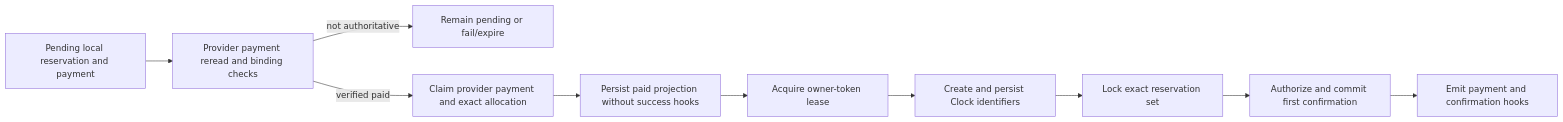
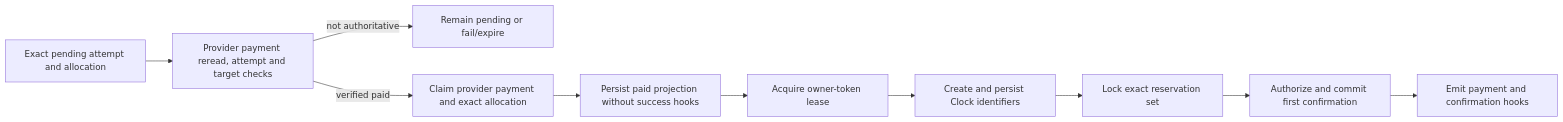
Before and after one commit to MUST-DEV-TEAM/must-hotel-booking: the diagram in docs/DOMAIN_LIFECYCLES.md, drawn with Mermaid. The commit also changed other lines of this file and 24 other files, not shown here.

Commit message:
fix: enforce payment attempt and environment integrity

````diff
--- a/docs/DOMAIN_LIFECYCLES.md
+++ b/docs/DOMAIN_LIFECYCLES.md
@@ -107,12 +109,12 @@
 ```mermaid
 flowchart LR
-    A["Pending local reservation and payment"] --> B["Provider payment reread and binding checks"]
+    A["Exact pending attempt and allocation"] --> B["Provider payment reread, attempt and target checks"]
     B -->|"not authoritative"| C["Remain pending or fail/expire"]
     B -->|"verified paid"| D["Claim provider payment and exact allocation"]
     D --> E["Persist paid projection without success hooks"]
     E --> J["Acquire owner-token lease"]
     J --> H["Create and persist Clock identifiers"]
     H --> I["Lock exact reservation set"]
     I --> F["Authorize and commit first confirmation"]
     F --> G["Emit payment and confirmation hooks"]
 ```
````
